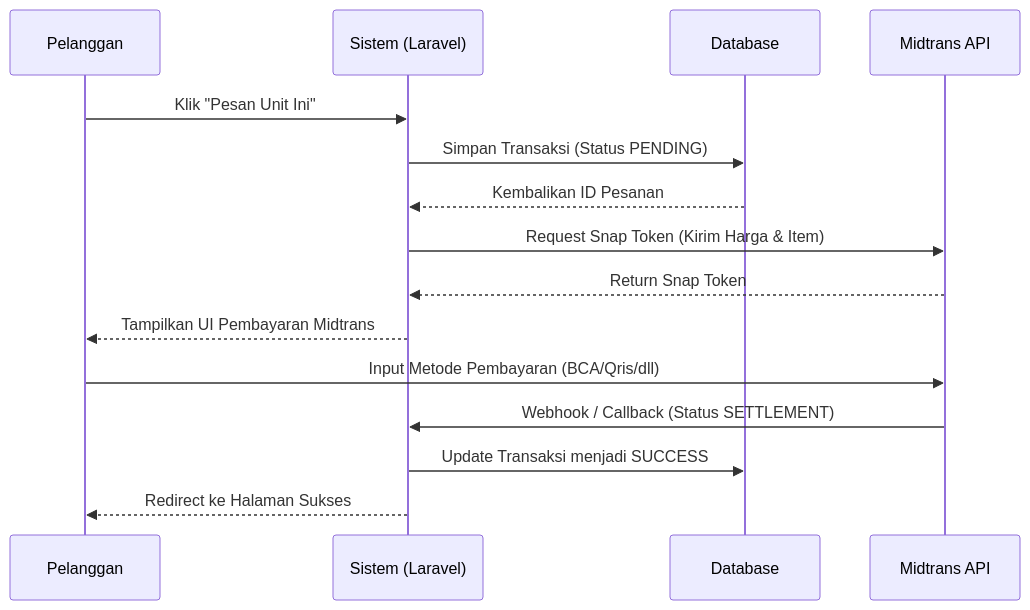
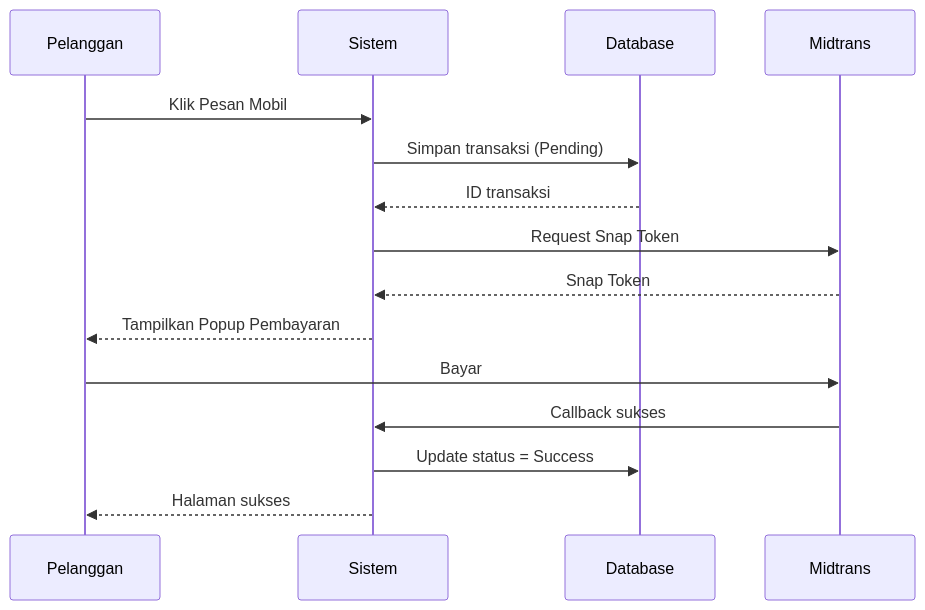
Before and after one commit to SeptianTirta/Sistem-Penjualan-Mobil: the third of 4 diagrams in README.md, drawn with Mermaid. The commit also changed other lines of this file, not shown here.

````diff
--- a/README.md
+++ b/README.md
@@ -124,18 +140,22 @@
 ```mermaid
 sequenceDiagram
-    participant P as Pelanggan
-    participant S as Sistem (Laravel)
+    participant U as Pelanggan
+    participant S as Sistem
     participant DB as Database
-    participant M as Midtrans API
+    participant M as Midtrans
 
-    P->>S: Klik "Pesan Unit Ini"
-    S->>DB: Simpan Transaksi (Status PENDING)
-    DB-->>S: Kembalikan ID Pesanan
-    S->>M: Request Snap Token (Kirim Harga & Item)
-    M-->>S: Return Snap Token
-    S-->>P: Tampilkan UI Pembayaran Midtrans
-    P->>M: Input Metode Pembayaran (BCA/Qris/dll)
-    M->>S: Webhook / Callback (Status SETTLEMENT)
-    S->>DB: Update Transaksi menjadi SUCCESS
-    S-->>P: Redirect ke Halaman Sukses
+    U->>S: Klik Pesan Mobil
+    S->>DB: Simpan transaksi (Pending)
+    DB-->>S: ID transaksi
+
+    S->>M: Request Snap Token
+    M-->>S: Snap Token
+
+    S-->>U: Tampilkan Popup Pembayaran
+    U->>M: Bayar
+
+    M->>S: Callback sukses
+    S->>DB: Update status = Success
+
+    S-->>U: Halaman sukses
 ```
````
